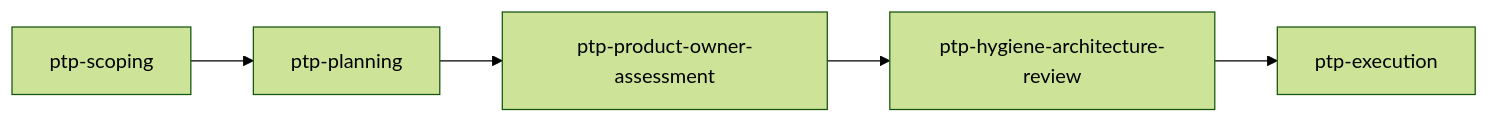
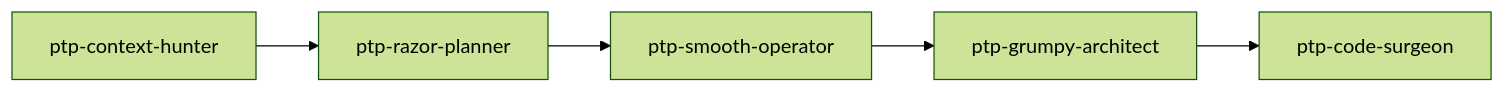
The second of 3 diagrams in HOW-TO.md (CMC-27/pass-the-parcel), drawn with Mermaid (forest theme) before and after one commit. The commit also changed other lines of this file and 140 other files, not shown here.

````diff
--- a/HOW-TO.md
+++ b/HOW-TO.md
@@ -39,7 +39,7 @@
 ```mermaid
 flowchart LR
-    S[ptp-scoping] --> P[ptp-planning]
-    P --> PO[ptp-product-owner-assessment]
-    PO --> H[ptp-hygiene-architecture-review]
-    H --> E[ptp-execution]
+    S[ptp-context-hunter] --> P[ptp-razor-planner]
+    P --> PO[ptp-smooth-operator]
+    PO --> H[ptp-grumpy-architect]
+    H --> E[ptp-code-surgeon]
 ```
````
